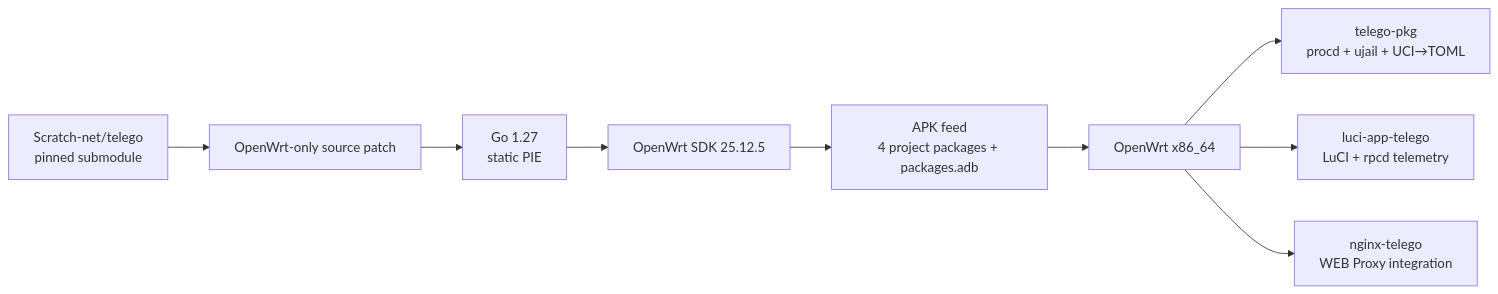
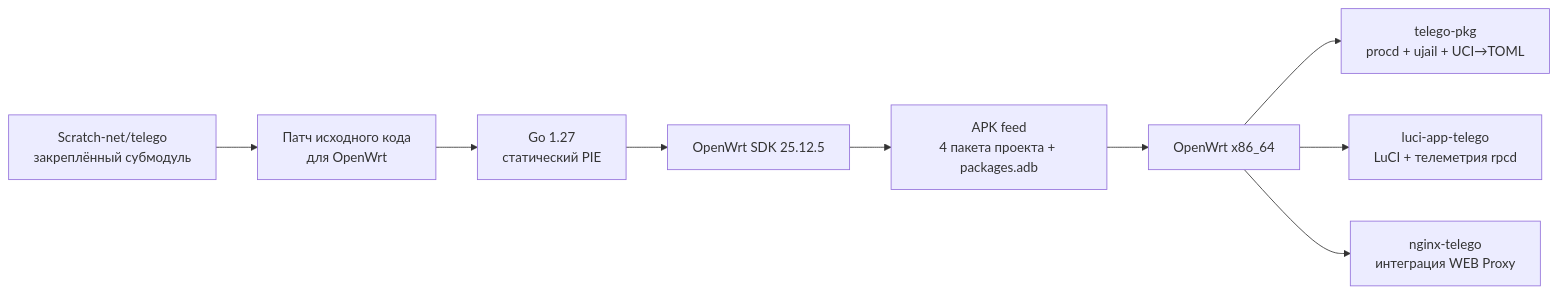
One commit to Ra1nek/telEgo-openwrt changed the first of 2 diagrams in README.md. Above: the diagram before and after it, drawn with Mermaid. The commit also changed other lines of this file, not shown here.

````diff
--- a/README.md
+++ b/README.md
@@ -67,11 +67,11 @@
 ```mermaid
 flowchart LR
-    U["Scratch-net/telego<br/>pinned submodule"] --> P["OpenWrt-only source patch"]
-    P --> G["Go 1.27<br/>static PIE"]
+    U["Scratch-net/telego<br/>закреплённый субмодуль"] --> P["Патч исходного кода<br/>для OpenWrt"]
+    P --> G["Go 1.27<br/>статический PIE"]
     G --> S["OpenWrt SDK 25.12.5"]
-    S --> A["APK feed<br/>4 project packages + packages.adb"]
+    S --> A["APK feed<br/>4 пакета проекта + packages.adb"]
     A --> R["OpenWrt x86_64"]
     R --> D["telego-pkg<br/>procd + ujail + UCI→TOML"]
-    R --> L["luci-app-telego<br/>LuCI + rpcd telemetry"]
-    R --> N["nginx-telego<br/>WEB Proxy integration"]
+    R --> L["luci-app-telego<br/>LuCI + телеметрия rpcd"]
+    R --> N["nginx-telego<br/>интеграция WEB Proxy"]
 ```
````
